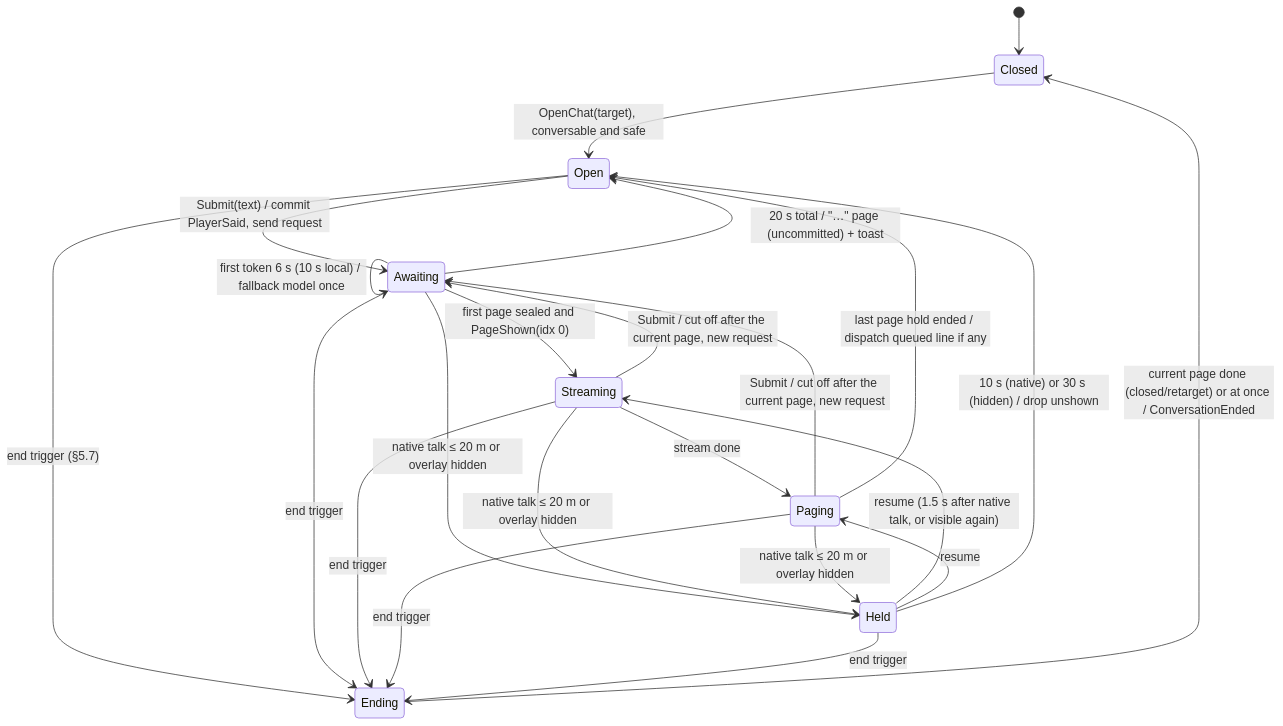
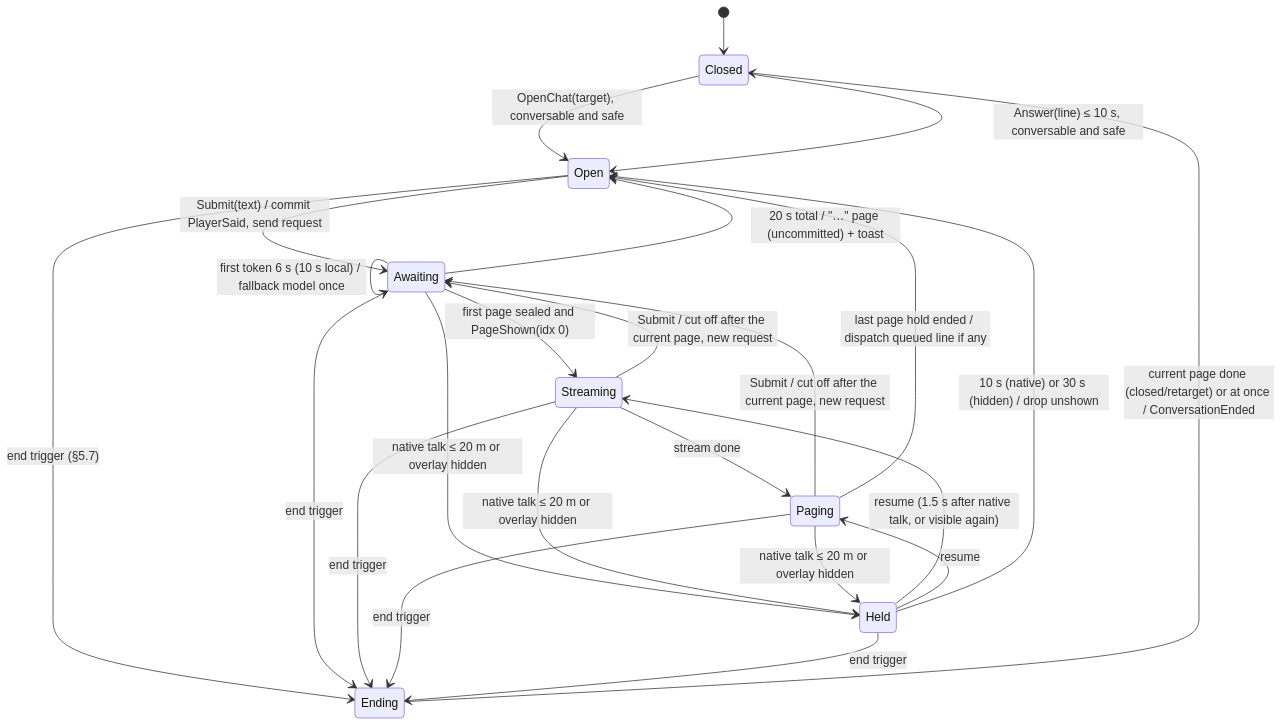
The second of 5 diagrams in docs/design/npcs-and-dialogue.md (Pt0l3my/EldenNet), drawn with Mermaid before and after one commit. The commit also changed other lines of this file and 5 other files, not shown here.

````diff
--- a/docs/design/npcs-and-dialogue.md
+++ b/docs/design/npcs-and-dialogue.md
@@ -1043,25 +1213,26 @@
 ```mermaid
 stateDiagram-v2
   [*] --> Closed
   Closed --> Open: OpenChat(target), conversable and safe
+  Closed --> Open: Answer(line) ≤ 10 s, conversable and safe
   Open --> Awaiting: Submit(text) / commit PlayerSaid, send request
   Awaiting --> Awaiting: first token 6 s (10 s local) / fallback model once
   Awaiting --> Streaming: first page sealed and PageShown(idx 0)
   Awaiting --> Open: 20 s total / "…" page (uncommitted) + toast
   Streaming --> Paging: stream done
   Streaming --> Awaiting: Submit / cut off after the current page, new request
   Paging --> Awaiting: Submit / cut off after the current page, new request
   Paging --> Open: last page hold ended / dispatch queued line if any
   Awaiting --> Held: native talk ≤ 20 m or overlay hidden
   Streaming --> Held: native talk ≤ 20 m or overlay hidden
   Paging --> Held: native talk ≤ 20 m or overlay hidden
   Held --> Streaming: resume (1.5 s after native talk, or visible again)
   Held --> Paging: resume
   Held --> Open: 10 s (native) or 30 s (hidden) / drop unshown
   Open --> Ending: end trigger (§5.7)
   Awaiting --> Ending: end trigger
   Streaming --> Ending: end trigger
   Paging --> Ending: end trigger
   Held --> Ending: end trigger
   Ending --> Closed: current page done (closed/retarget) or at once / ConversationEnded
 ```
````
